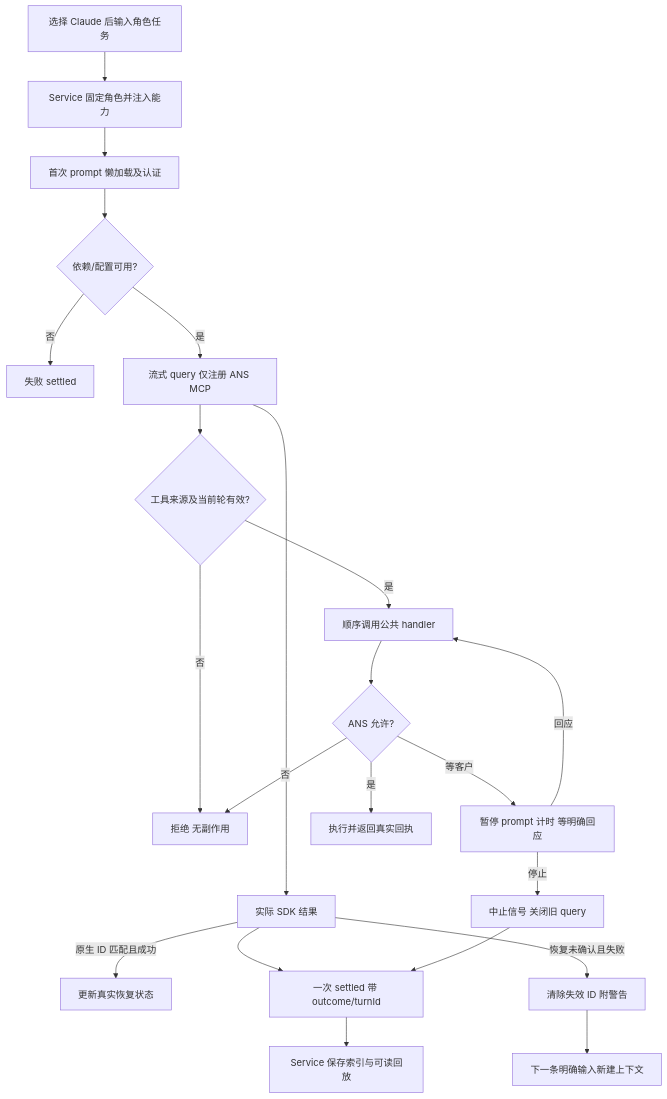
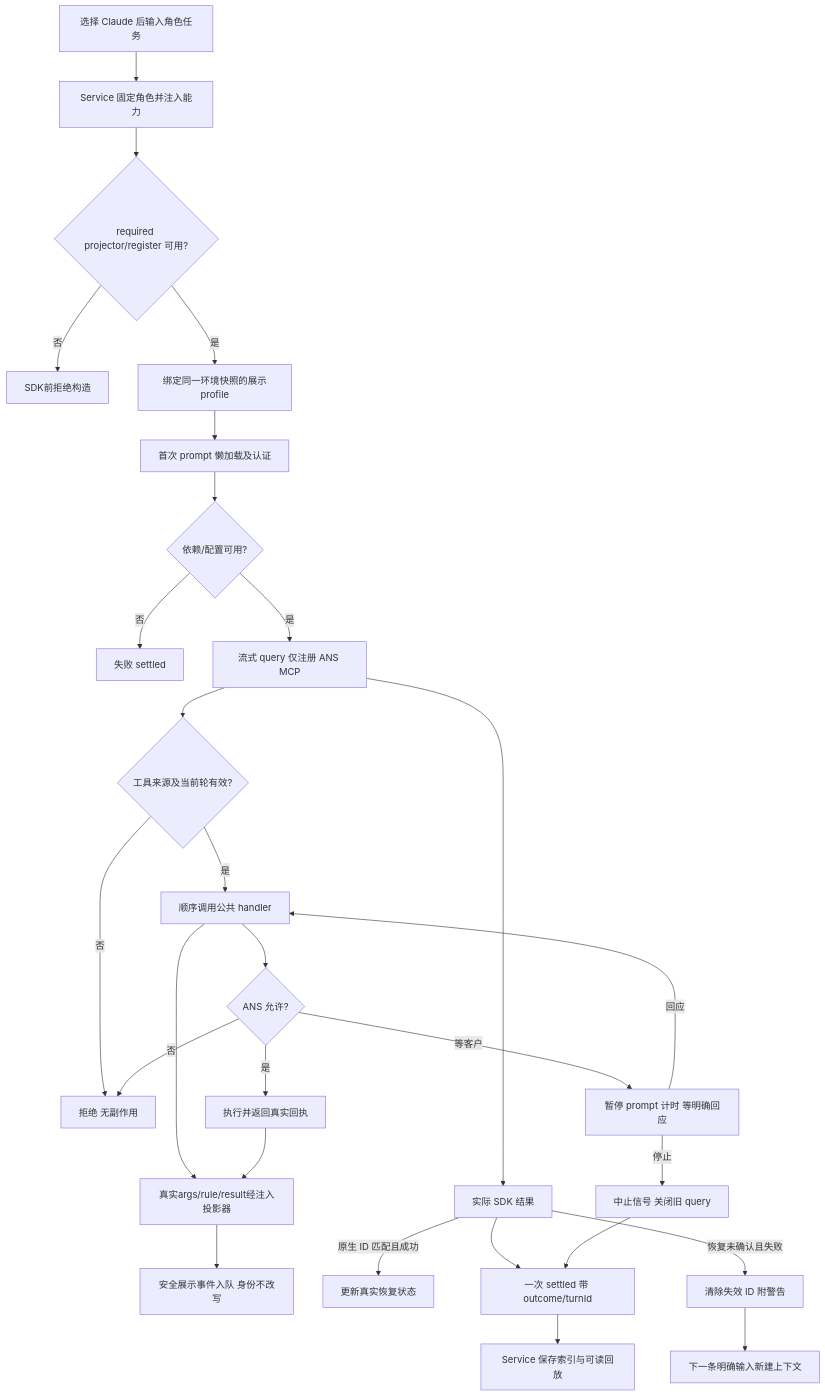
Before and after one commit to wangzhongren/ans-studio: the diagram in 角色卡/Claude适配器/docs/feature/claude-session.md, drawn with Mermaid. The commit also changed other lines of this file and 692 other files, not shown here.

````diff
--- a/角色卡/Claude适配器/docs/feature/claude-session.md
+++ b/角色卡/Claude适配器/docs/feature/claude-session.md
@@ -22,24 +22,30 @@
 ```mermaid
 flowchart TD
   input[选择 Claude 后输入角色任务] --> bind[Service 固定角色并注入能力]
-  bind --> first[首次 prompt 懒加载及认证]
+  bind --> display{required projector/register 可用?}
+  display -->|否| reject[SDK前拒绝构造]
+  display -->|是| profile[绑定同一环境快照的展示profile]
+  profile --> first[首次 prompt 懒加载及认证]
   first --> check{依赖/配置可用?}
   check -->|否| fail[失败 settled]
   check -->|是| sdk[流式 query 仅注册 ANS MCP]
   sdk --> tool{工具来源及当前轮有效?}
   tool -->|否| deny[拒绝 无副作用]
   tool -->|是| handler[顺序调用公共 handler]
   handler --> gate{ANS 允许?}
   gate -->|否| deny
   gate -->|等客户| wait[暂停 prompt 计时 等明确回应]
   wait -->|停止| abort[中止信号 关闭旧 query]
   wait -->|回应| handler
   gate -->|是| effect[执行并返回真实回执]
+  handler --> project[真实args/rule/result经注入投影器]
+  effect --> project
+  project --> queue[安全展示事件入队 身份不改写]
   sdk --> result[实际 SDK 结果]
   result -->|原生 ID 匹配且成功| restore[更新真实恢复状态]
   result -->|恢复未确认且失败| rebuilt[清除失效 ID 附警告]
   rebuilt --> next[下一条明确输入新建上下文]
   result --> settle[一次 settled 带 outcome/turnId]
   abort --> settle
   settle --> save[Service 保存索引与可读回放]
 ```
````
